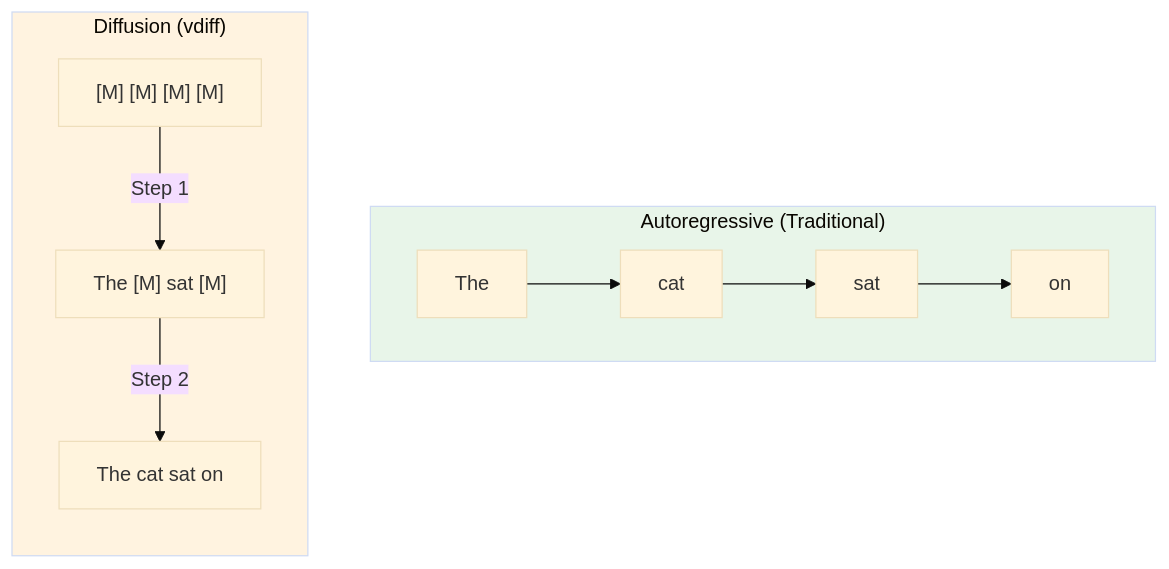
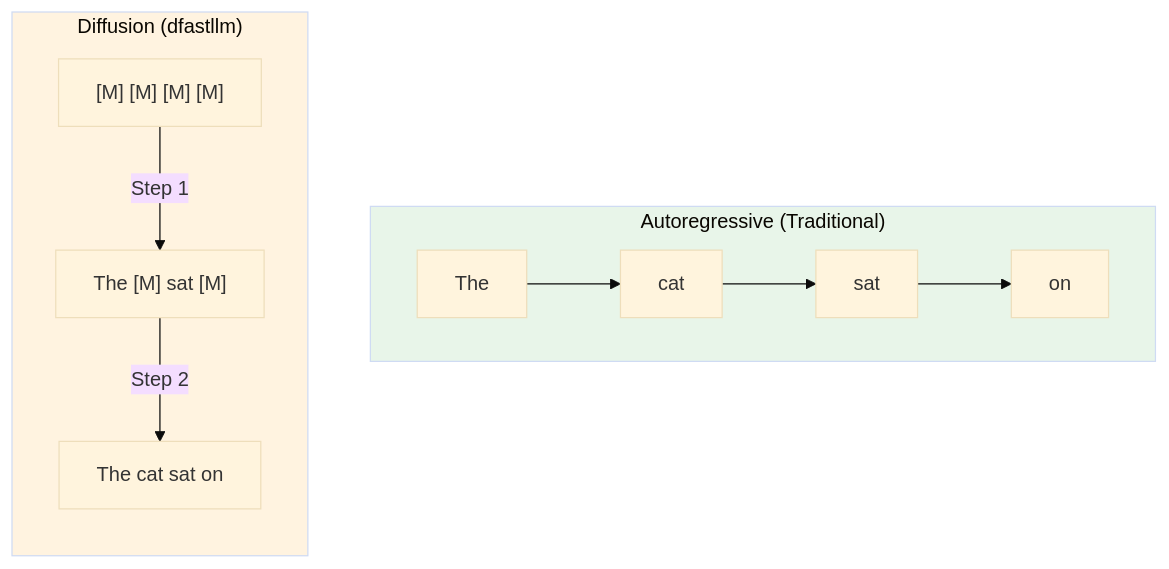
The first of 17 diagrams in docs/dev-doc/05-diffusion.md (mwaykole/vdiff), drawn with Mermaid (base theme) before and after one commit. The commit also changed other lines of this file and 53 other files, not shown here.

First line of the commit message:
refactor: Rename all vdiff references to dfastllm

````diff
--- a/docs/dev-doc/05-diffusion.md
+++ b/docs/dev-doc/05-diffusion.md
@@ -21,20 +21,20 @@
 ```mermaid
 flowchart TB
     subgraph AR["Autoregressive (Traditional)"]
         direction LR
         A1["The"] --> A2["cat"] --> A3["sat"] --> A4["on"]
     end
     
-    subgraph Diff["Diffusion (vdiff)"]
+    subgraph Diff["Diffusion (dfastllm)"]
         direction TB
         D1["[M] [M] [M] [M]"]
         D2["The [M] sat [M]"]
         D3["The cat sat on"]
         
         D1 -->|Step 1| D2
         D2 -->|Step 2| D3
     end
     
     style AR fill:#e8f5e9
     style Diff fill:#fff3e0
 ```
````
